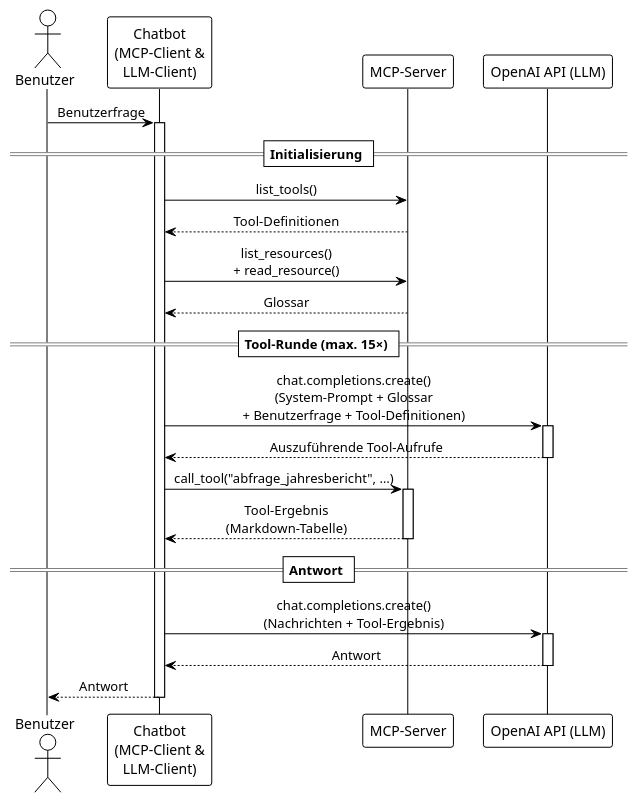
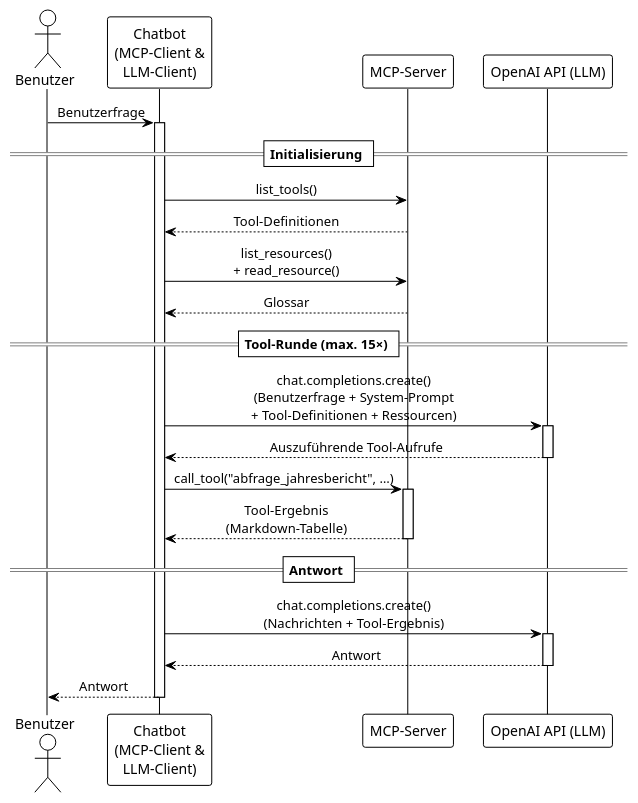
One commit to CeVauDe/cas-msed-transferarbeit changed the diagram in thesis/text/30_PoC/340_Chatablauf.adoc. Above: the diagram before and after it, drawn with PlantUML. The commit also changed other lines of this file and 4 other files, not shown here.

```diff
--- a/thesis/text/30_PoC/340_Chatablauf.adoc
+++ b/thesis/text/30_PoC/340_Chatablauf.adoc
@@ -8,47 +8,47 @@
 [plantuml, agent-loop, svg]
 ....
 @startuml
 !theme plain
 skinparam sequenceMessageAlign center
 skinparam responseMessageBelowArrow true
 
 actor Benutzer
 participant "Chatbot\n(MCP-Client &\nLLM-Client)" as Chatbot
 participant "MCP-Server" as MCPServer
 participant "OpenAI API (LLM)" as OpenAI
 
 Benutzer -> Chatbot: Benutzerfrage
 activate Chatbot
 
 == Initialisierung ==
 
 Chatbot -> MCPServer: list_tools()
 MCPServer --> Chatbot: Tool-Definitionen
 
 Chatbot -> MCPServer: list_resources()\n+ read_resource()
 MCPServer --> Chatbot: Glossar
 
 == Tool-Runde (max. 15×) ==
 
-Chatbot -> OpenAI: chat.completions.create()\n(System-Prompt + Glossar\n+ Benutzerfrage + Tool-Definitionen)
+Chatbot -> OpenAI: chat.completions.create()\n(Benutzerfrage + System-Prompt\n+ Tool-Definitionen + Ressourcen)
 activate OpenAI
 OpenAI --> Chatbot: Auszuführende Tool-Aufrufe
 deactivate OpenAI
 
 Chatbot -> MCPServer: call_tool("abfrage_jahresbericht", …)
 activate MCPServer
 MCPServer --> Chatbot: Tool-Ergebnis\n(Markdown-Tabelle)
 deactivate MCPServer
 
 == Antwort ==
 
 Chatbot -> OpenAI: chat.completions.create()\n(Nachrichten + Tool-Ergebnis)
 activate OpenAI
 OpenAI --> Chatbot: Antwort
 deactivate OpenAI
 
 Chatbot --> Benutzer: Antwort
 deactivate Chatbot
 
 @enduml
 ....
```
